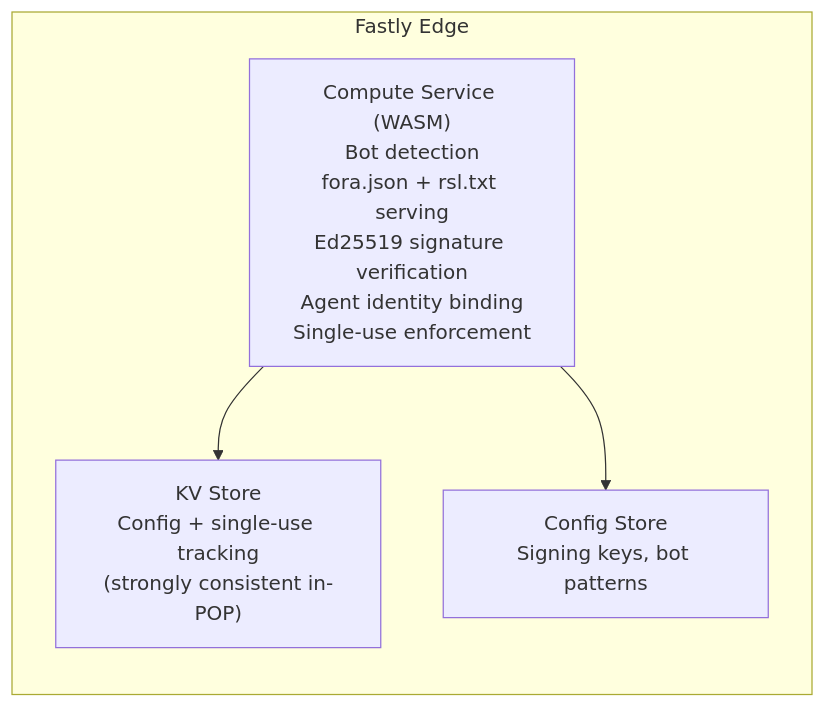
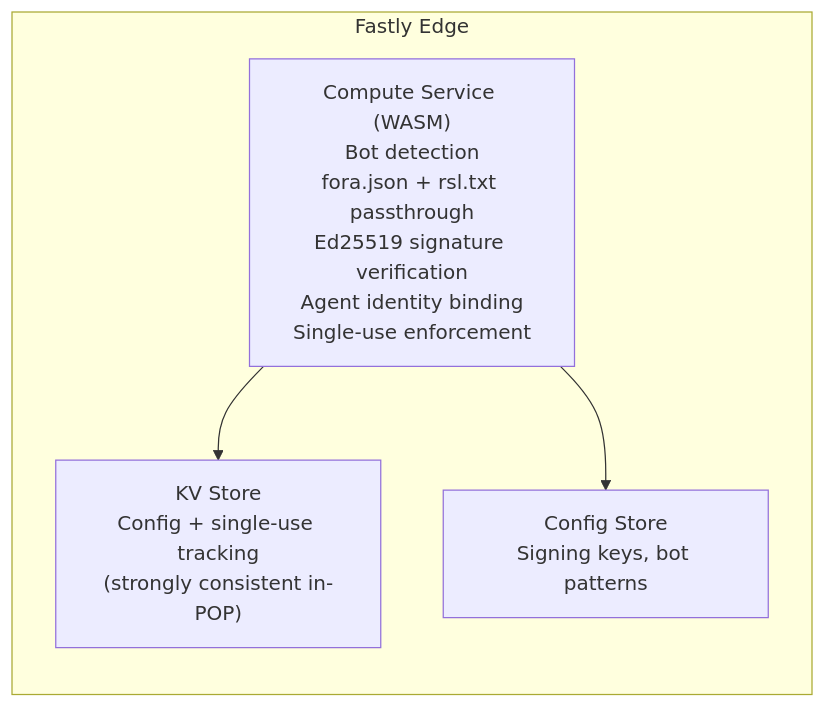
One commit to FORA-Protocol/protocol changed the third of 3 diagrams in website/src/content/docs/components/edge-function/cdn-adapters.mdx. Above: the diagram before and after it, drawn with Mermaid. The commit also changed other lines of this file and 3 other files, not shown here.

First line of the commit message:
Say the edge passes a provider's fora.json and rsl.txt through to its origin

````diff
--- a/website/src/content/docs/components/edge-function/cdn-adapters.mdx
+++ b/website/src/content/docs/components/edge-function/cdn-adapters.mdx
@@ -284,11 +251,11 @@
 ```mermaid
 graph LR
     subgraph "Fastly Edge"
-        COMPUTE["Compute Service (WASM)<br/>Bot detection<br/>fora.json + rsl.txt serving<br/>Ed25519 signature verification<br/>Agent identity binding<br/>Single-use enforcement"]
+        COMPUTE["Compute Service (WASM)<br/>Bot detection<br/>fora.json + rsl.txt passthrough<br/>Ed25519 signature verification<br/>Agent identity binding<br/>Single-use enforcement"]
         KV_STORE["KV Store<br/>Config + single-use tracking<br/>(strongly consistent in-POP)"]
         CONFIG_STORE["Config Store<br/>Signing keys, bot patterns"]
     end
 
     COMPUTE --> KV_STORE
     COMPUTE --> CONFIG_STORE
 ```
````
